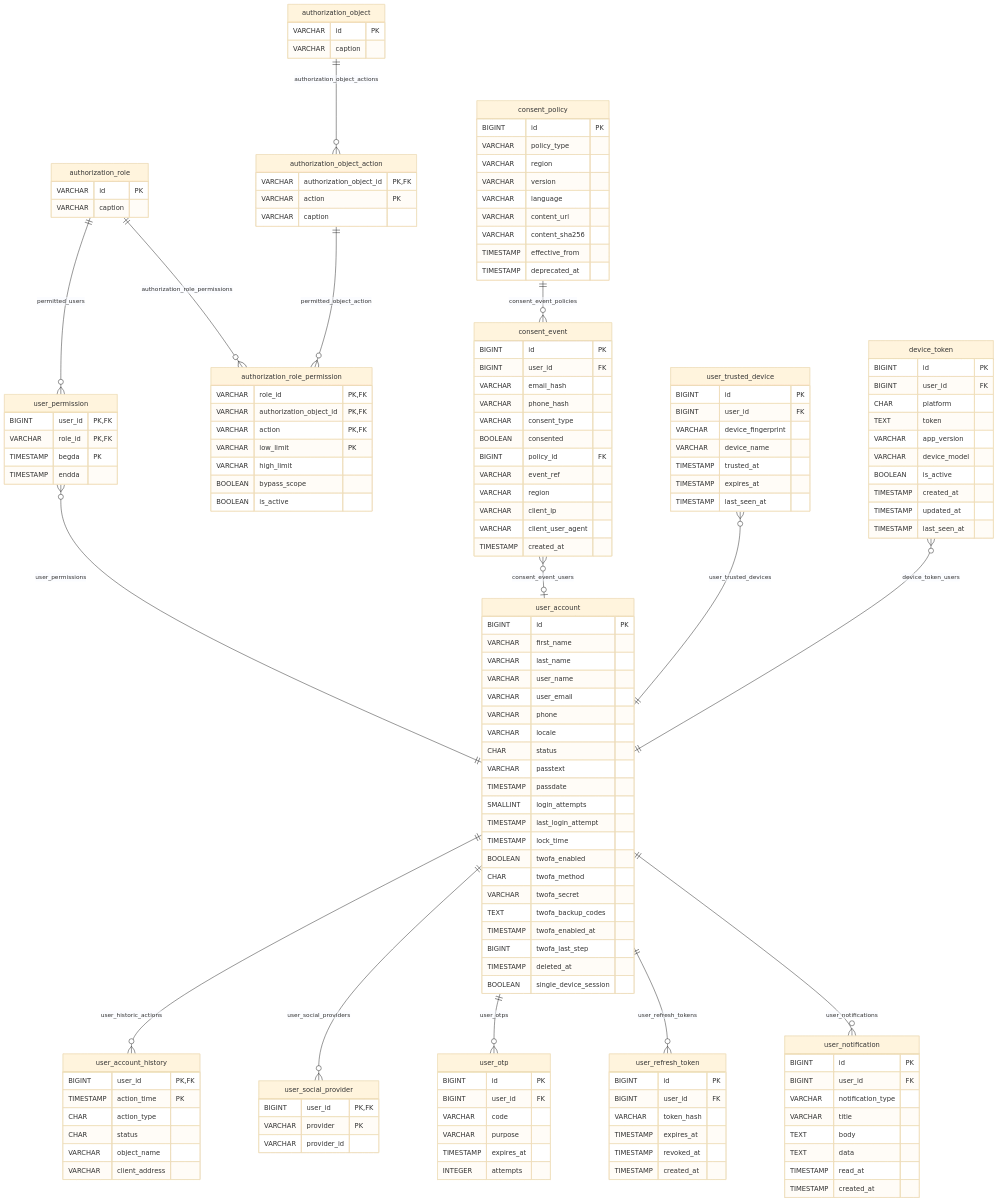
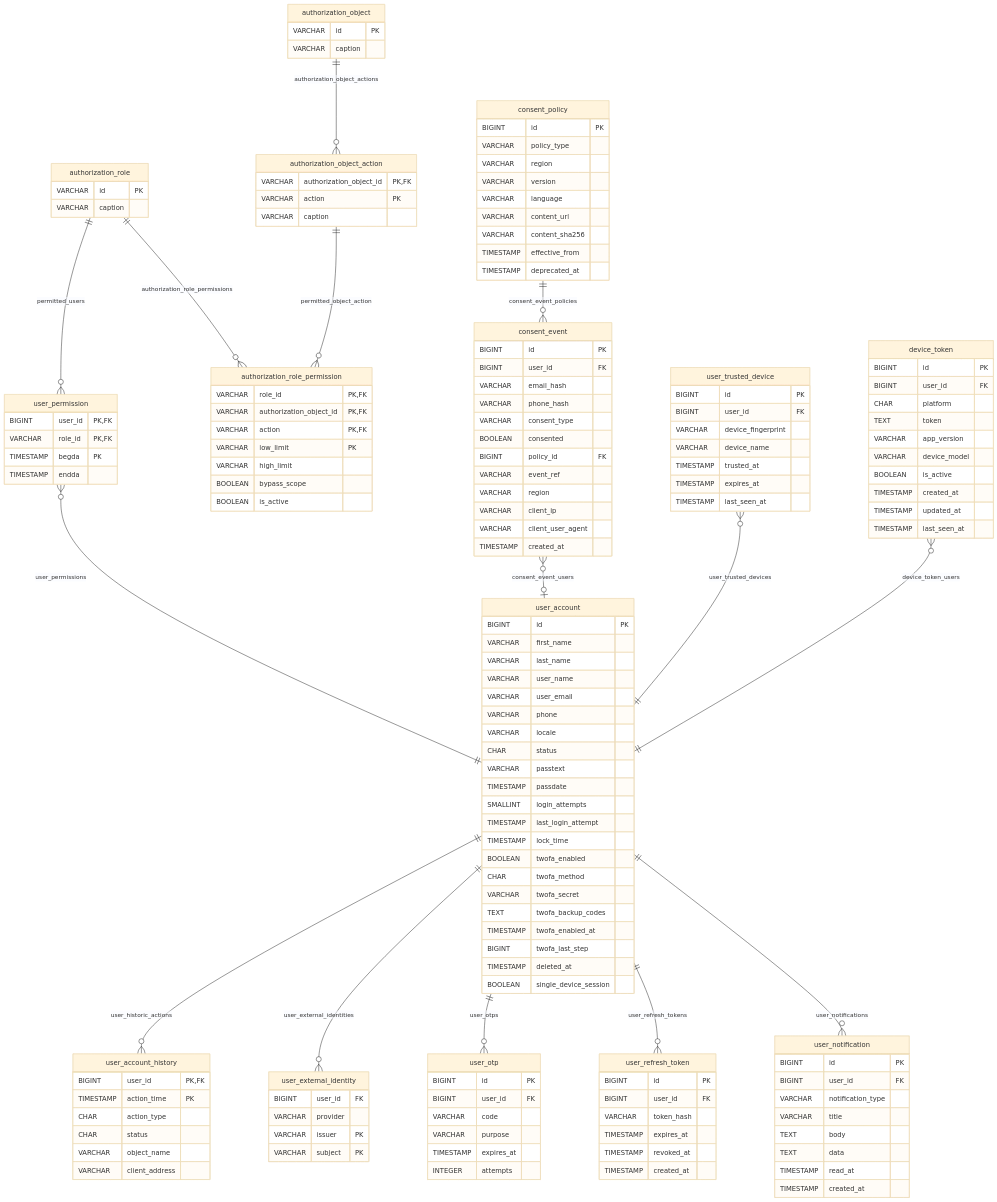
One commit to nauticana/keel changed the seventh of 20 diagrams in DB.md. Above: the diagram before and after it, drawn with Mermaid (base theme). The commit also changed other lines of this file and 18 other files, not shown here.

Commit message:
Authoritative email for external identities

```diff
--- a/DB.md
+++ b/DB.md
@@ -442,7 +442,7 @@
     consent_policy ||--o{ consent_event : "consent_event_policies"
 
     user_account ||--o{ user_account_history : "user_historic_actions"
-    user_account ||--o{ user_social_provider : "user_social_providers"
+    user_account ||--o{ user_external_identity : "user_external_identities"
     user_account ||--o{ user_otp : "user_otps"
     user_account ||--o{ user_refresh_token : "user_refresh_tokens"
     user_account ||--o{ user_notification : "user_notifications"
@@ -485,10 +485,11 @@
         TIMESTAMP expires_at
         INTEGER attempts
     }
-    user_social_provider {
-        BIGINT user_id PK,FK
-        VARCHAR provider PK
-        VARCHAR provider_id
+    user_external_identity {
+        BIGINT user_id FK
+        VARCHAR provider
+        VARCHAR issuer PK
+        VARCHAR subject PK
     }
     device_token {
         BIGINT id PK
```
